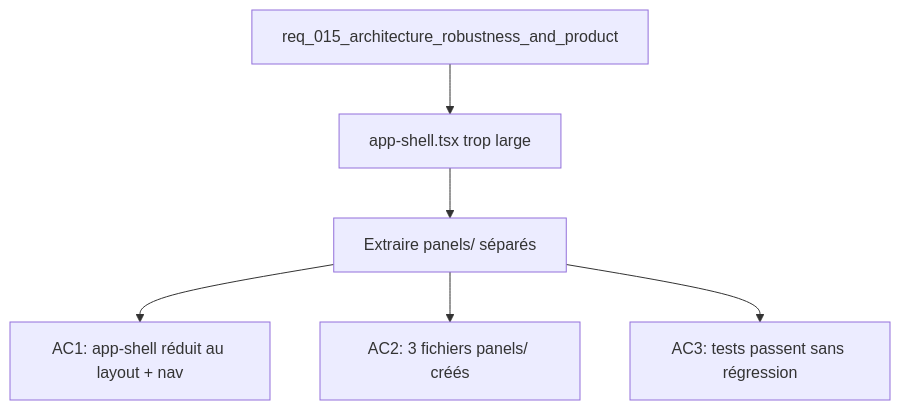
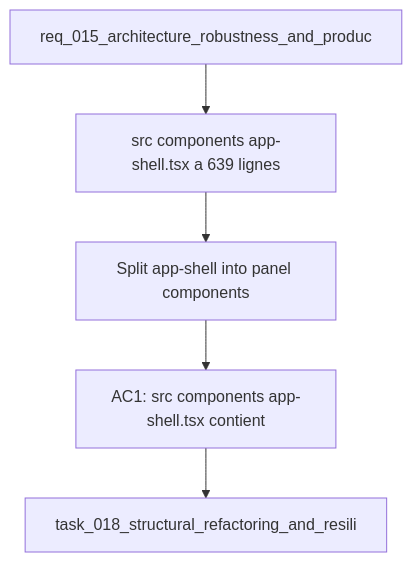
One commit to AlexAgo83/deepvault changed the diagram in logics/backlog/item_046_split_app_shell_into_panel_components.md. Above: the diagram before and after it, drawn with Mermaid. The commit also changed 57 other files, not shown here.

````diff
--- a/logics/backlog/item_046_split_app_shell_into_panel_components.md
+++ b/logics/backlog/item_046_split_app_shell_into_panel_components.md
@@ -21,10 +21,9 @@
 ```mermaid
 %% logics-kind: backlog
 %% logics-signature: backlog|split-app-shell-into-panel-components|req-015-architecture-robustness-and-prod|src-components-app-shell-tsx-a-639-ligne|ac1-src-components-app-shell-tsx-contien
 flowchart TD
-    Request[req_015_architecture_robustness_and_product] --> Problem[app-shell.tsx trop large]
-    Problem --> Scope[Extraire panels/ séparés]
-    Scope --> AC1[AC1: app-shell réduit au layout + nav]
-    Scope --> AC2[AC2: 3 fichiers panels/ créés]
-    Scope --> AC3[AC3: tests passent sans régression]
+    Request[req_015_architecture_robustness_and_produc] --> Problem[src components app-shell.tsx a 639 lignes]
+    Problem --> Scope[Split app-shell into panel components]
+    Scope --> Acceptance[AC1: src components app-shell.tsx contient]
+    Acceptance --> Tasks[task_018_structural_refactoring_and_resili]
 ```
````
